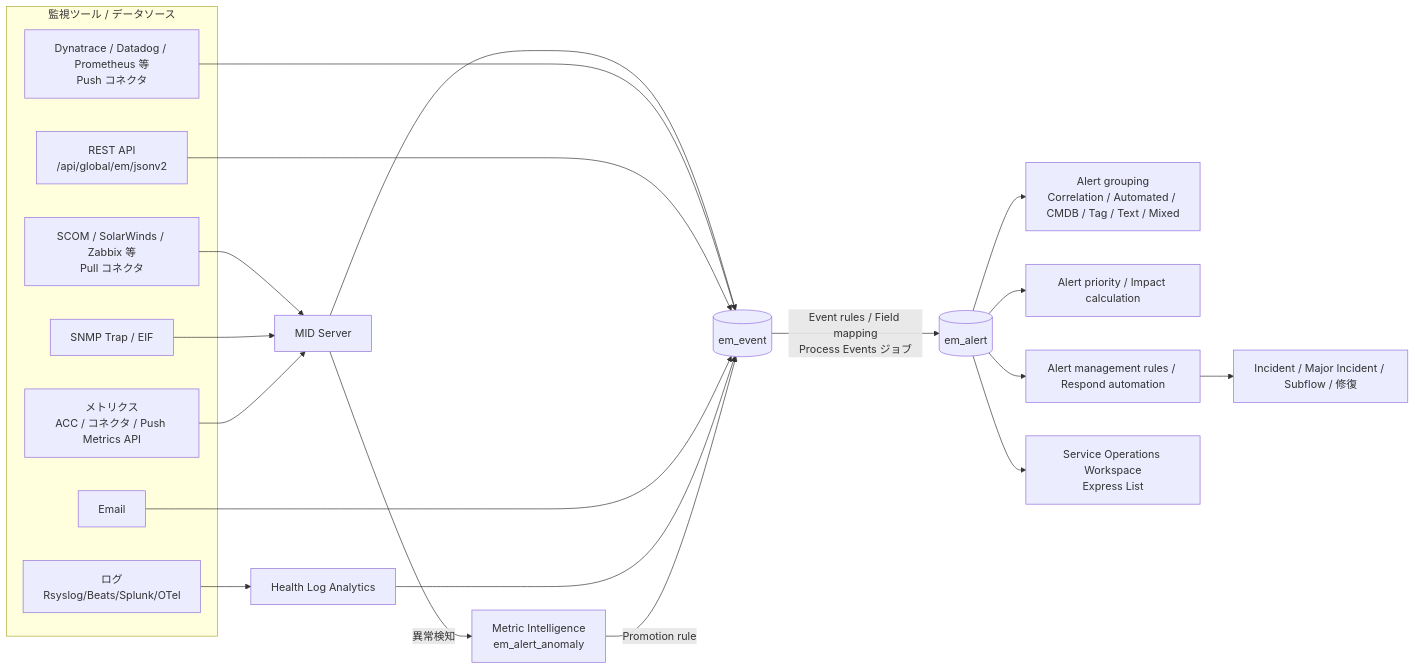
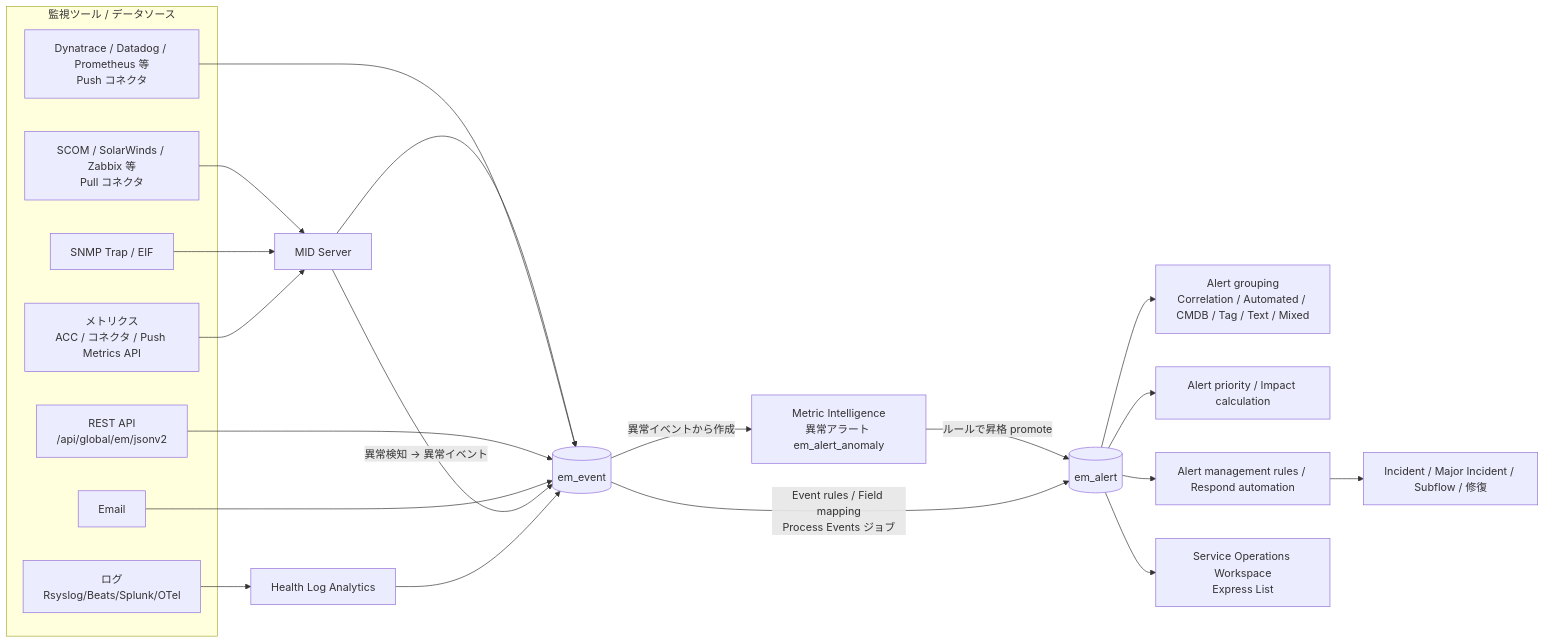
One commit to hidefumiagata/platform-doc changed the first of 2 diagrams in ServiceNow/02_リファレンス/itom/event-management-aiops.md. Above: the diagram before and after it, drawn with Mermaid. The commit also changed other lines of this file and 346 other files, not shown here.

````diff
--- a/ServiceNow/02_リファレンス/itom/event-management-aiops.md
+++ b/ServiceNow/02_リファレンス/itom/event-management-aiops.md
@@ -136,30 +150,31 @@
 ```mermaid
 flowchart LR
   subgraph Sources[監視ツール / データソース]
     A1[SCOM / SolarWinds / Zabbix 等<br/>Pull コネクタ]
     A2[Dynatrace / Datadog / Prometheus 等<br/>Push コネクタ]
     A3[SNMP Trap / EIF]
     A4[REST API<br/>/api/global/em/jsonv2]
     A5[Email]
     L1[ログ<br/>Rsyslog/Beats/Splunk/OTel]
     M1[メトリクス<br/>ACC / コネクタ / Push Metrics API]
   end
   MID[MID Server]
   A1 --> MID
   A3 --> MID
   M1 --> MID
   L1 --> HLA[Health Log Analytics]
   MID --> EV[(em_event)]
   A2 --> EV
   A4 --> EV
   A5 --> EV
-  MID -->|異常検知| MI[Metric Intelligence<br/>em_alert_anomaly]
+  MID -->|異常検知 → 異常イベント| EV
+  EV -->|異常イベントから作成| MI[Metric Intelligence<br/>異常アラート em_alert_anomaly]
   HLA --> EV
-  MI -->|Promotion rule| EV
+  MI -->|ルールで昇格 promote| AL
   EV -->|Event rules / Field mapping<br/>Process Events ジョブ| AL[(em_alert)]
   AL --> GR[Alert grouping<br/>Correlation / Automated / CMDB / Tag / Text / Mixed]
   AL --> PR[Alert priority / Impact calculation]
   AL --> AMR[Alert management rules / Respond automation]
   AMR --> INC[Incident / Major Incident / Subflow / 修復]
   AL --> WS[Service Operations Workspace<br/>Express List]
 ```
````
